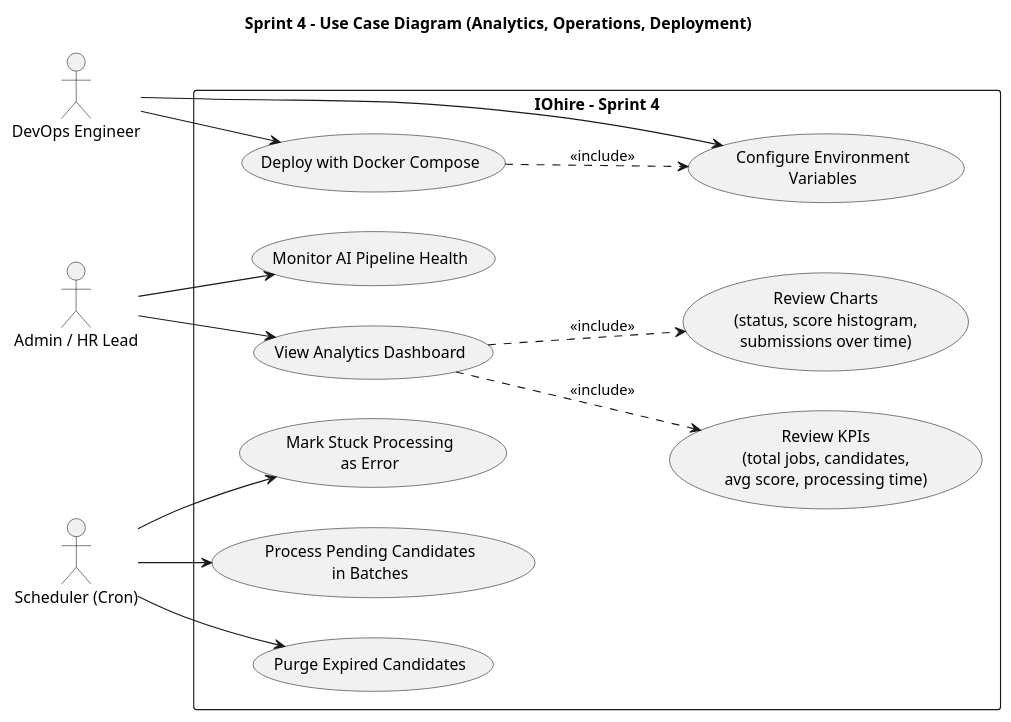
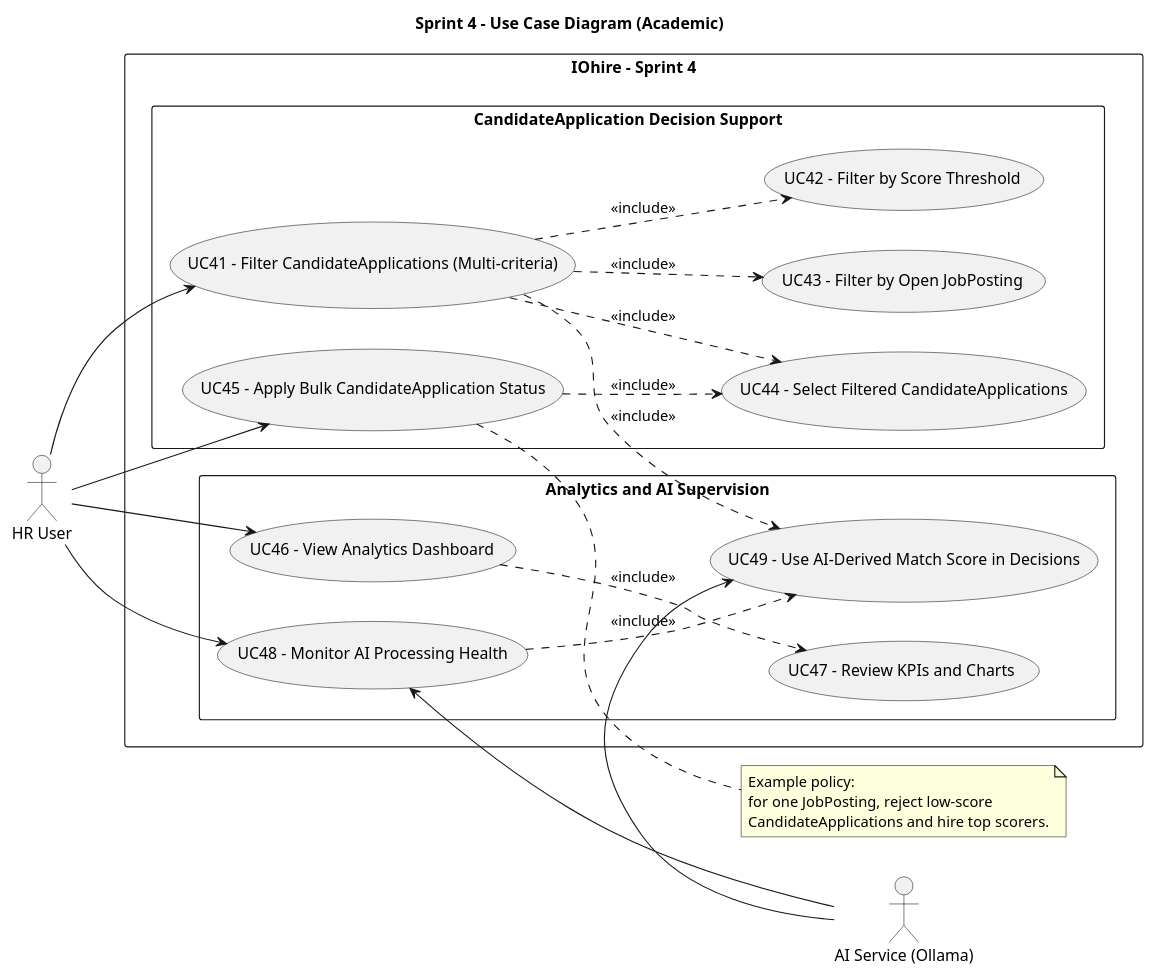
Before and after one commit to OussamaRhimi/IOhire: the diagram in docs/uml/sprint4_usecase.puml, drawn with PlantUML. The commit also changed 37 other files, not shown here.

```diff
--- a/docs/uml/sprint4_usecase.puml
+++ b/docs/uml/sprint4_usecase.puml
@@ -1,37 +1,50 @@
 @startuml
-title Sprint 4 - Use Case Diagram (Analytics, Operations, Deployment)
+title Sprint 4 - Use Case Diagram (Academic)
 left to right direction
 skinparam packageStyle rectangle
+skinparam shadowing false
 
-actor "Admin / HR Lead" as Admin
-actor "DevOps Engineer" as DevOps
-actor "Scheduler (Cron)" as Cron
+actor "HR User" as A_HR
+actor "AI Service (Ollama)" as A_AI
 
 rectangle "IOhire - Sprint 4" {
-  usecase "View Analytics Dashboard" as UC_Dashboard
-  usecase "Review KPIs\n(total jobs, candidates,\navg score, processing time)" as UC_KPI
-  usecase "Review Charts\n(status, score histogram,\nsubmissions over time)" as UC_Charts
-  usecase "Monitor AI Pipeline Health" as UC_Monitor
+  package "CandidateApplication Decision Support" {
+    usecase "UC41 - Filter CandidateApplications (Multi-criteria)" as UC41
+    usecase "UC42 - Filter by Score Threshold" as UC42
+    usecase "UC43 - Filter by Open JobPosting" as UC43
+    usecase "UC44 - Select Filtered CandidateApplications" as UC44
+    usecase "UC45 - Apply Bulk CandidateApplication Status" as UC45
+  }
 
-  usecase "Purge Expired Candidates" as UC_Retention
-  usecase "Mark Stuck Processing\nas Error" as UC_Watchdog
-  usecase "Process Pending Candidates\nin Batches" as UC_Worker
-
-  usecase "Deploy with Docker Compose" as UC_Deploy
-  usecase "Configure Environment\nVariables" as UC_Env
+  package "Analytics and AI Supervision" {
+    usecase "UC46 - View Analytics Dashboard" as UC46
+    usecase "UC47 - Review KPIs and Charts" as UC47
+    usecase "UC48 - Monitor AI Processing Health" as UC48
+    usecase "UC49 - Use AI-Derived Match Score in Decisions" as UC49
+  }
 }
 
-Admin --> UC_Dashboard
-Admin --> UC_Monitor
-UC_Dashboard ..> UC_KPI : <<include>>
-UC_Dashboard ..> UC_Charts : <<include>>
+A_HR --> UC41
+A_HR --> UC45
+A_HR --> UC46
+A_HR --> UC48
 
-Cron --> UC_Retention
-Cron --> UC_Watchdog
-Cron --> UC_Worker
+UC41 ..> UC42 : <<include>>
+UC41 ..> UC43 : <<include>>
+UC41 ..> UC44 : <<include>>
+UC41 ..> UC49 : <<include>>
+UC45 ..> UC44 : <<include>>
 
-DevOps --> UC_Deploy
-DevOps --> UC_Env
-UC_Deploy ..> UC_Env : <<include>>
+UC46 ..> UC47 : <<include>>
+UC48 ..> UC49 : <<include>>
+
+A_AI -left-> UC49
+A_AI -left-> UC48
+
+note right of UC45
+  Example policy:
+  for one JobPosting, reject low-score
+  CandidateApplications and hire top scorers.
+end note
 
 @enduml
```
